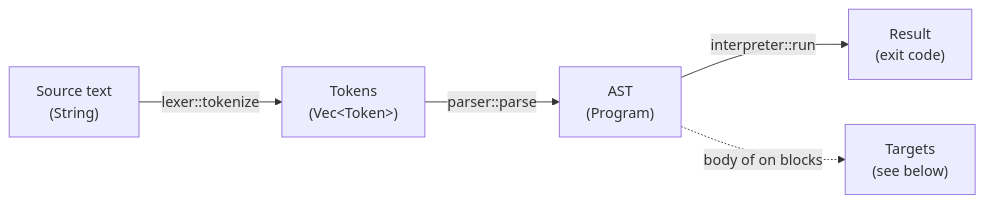
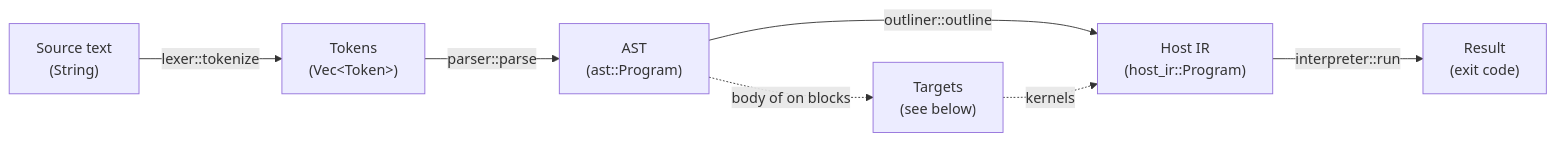
The first of 3 diagrams in docs/architecture.md (damienBloch/qlc), drawn with Mermaid before and after one commit. The commit also changed other lines of this file and 7 other files, not shown here.

Commit message:
Outline `on` blocks into host IR and implement kernel compilation

````diff
--- a/docs/architecture.md
+++ b/docs/architecture.md
@@ -10,12 +10,15 @@
 ```mermaid
 flowchart LR
     source["Source text<br/>(String)"]
     tokens["Tokens<br/>(Vec&lt;Token&gt;)"]
-    ast["AST<br/>(Program)"]
+    ast["AST<br/>(ast::Program)"]
+    hir["Host IR<br/>(host_ir::Program)"]
     result["Result<br/>(exit code)"]
 
     source -- "lexer::tokenize" --> tokens
     tokens -- "parser::parse" --> ast
-    ast -- "interpreter::run" --> result
+    ast -- "outliner::outline" --> hir
+    hir -- "interpreter::run" --> result
     ast -. "body of on blocks" .-> targets["Targets<br/>(see below)"]
+    targets -. "kernels" .-> hir
 ```
````
